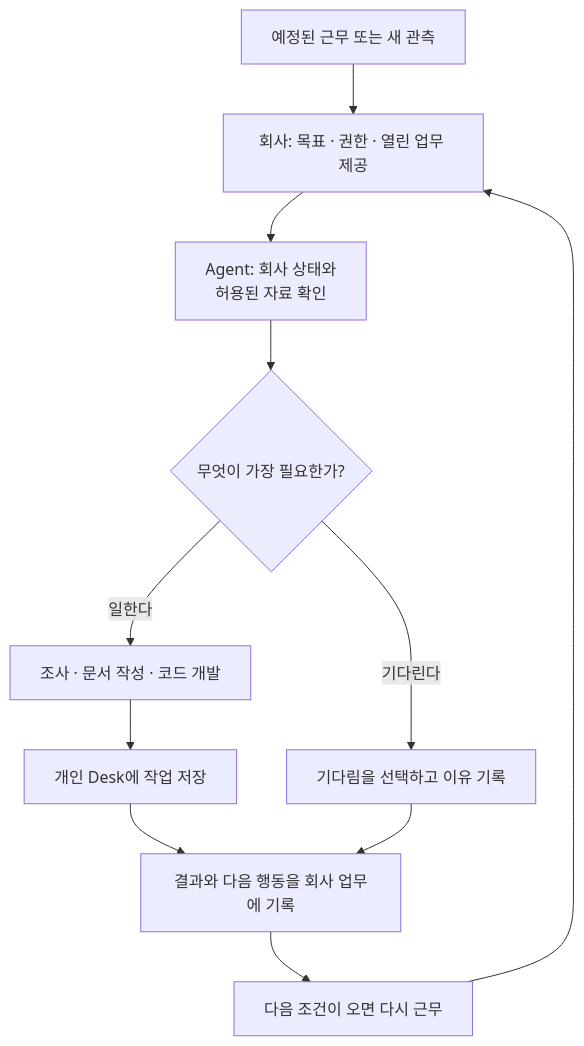
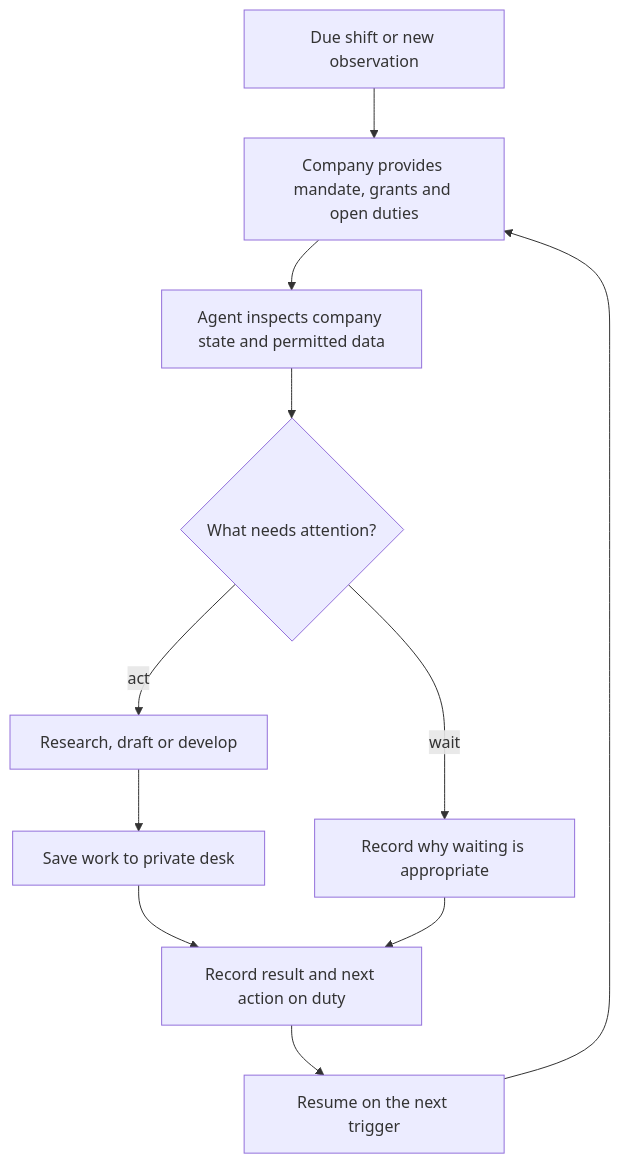
The eighth of 16 diagrams in docs/company-agent-quant.md (openboa-ai/sourdough), drawn with Mermaid before and after one commit. The commit also changed other lines of this file and 29 other files, not shown here.

````diff
--- a/docs/company-agent-quant.md
+++ b/docs/company-agent-quant.md
@@ -235,16 +230,16 @@
 ```mermaid
 flowchart TD
-    Wake["예정된 근무 또는 새 관측"]
-    Context["회사: 목표 · 권한 · 열린 업무 제공"]
-    Inspect["Agent: 회사 상태와<br/>허용된 자료 확인"]
-    Choose{"무엇이 가장 필요한가?"}
-    Act["조사 · 문서 작성 · 코드 개발"]
-    Wait["기다림을 선택하고 이유 기록"]
-    Desk["개인 Desk에 작업 저장"]
-    Result["결과와 다음 행동을 회사 업무에 기록"]
-    Next["다음 조건이 오면 다시 근무"]
+    Wake["Due shift or new observation"]
+    Context["Company provides mandate, grants and open duties"]
+    Inspect["Agent inspects company state and permitted data"]
+    Choose{"What needs attention?"}
+    Act["Research, draft or develop"]
+    Wait["Record why waiting is appropriate"]
+    Desk["Save work to private desk"]
+    Result["Record result and next action on duty"]
+    Next["Resume on the next trigger"]
     Wake --> Context --> Inspect --> Choose
-    Choose -->|일한다| Act --> Desk --> Result
-    Choose -->|기다린다| Wait --> Result
+    Choose -->|act| Act --> Desk --> Result
+    Choose -->|wait| Wait --> Result
     Result --> Next --> Context
 ```
````
